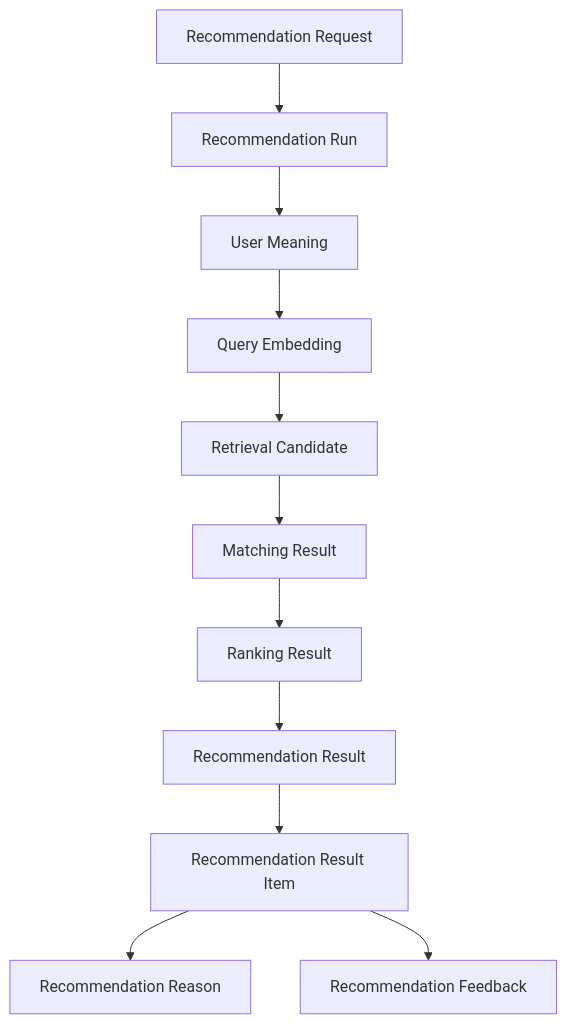
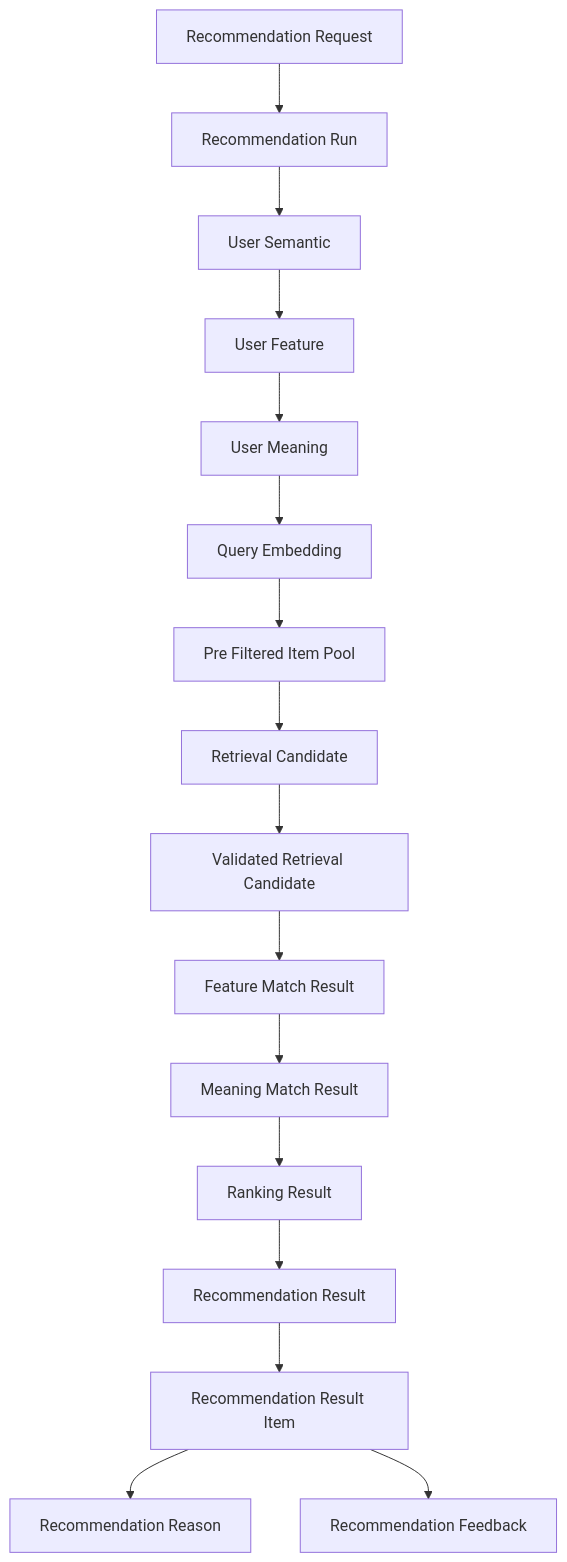
The first of 3 diagrams in docs/05_アプリケーション設計/アプリ/database/リソース一覧.md (ryo-chan-k6/GiftRecommendAPP_MVP_CYCLE_3), drawn with Mermaid before and after one commit. The commit also changed other lines of this file, not shown here.

Commit message:
ドキュメントを更新し、Gift Recommendation Service MVPにおけるリソースの定義と分類を明確化。各リソースの概要、管理主体、利用区分を整理し、今後の開発に向けた指針を提供。これにより、システム全体の設計基盤が強化された。

````diff
--- a/docs/05_アプリケーション設計/アプリ/database/リソース一覧.md
+++ b/docs/05_アプリケーション設計/アプリ/database/リソース一覧.md
@@ -410,13 +883,18 @@
 ```mermaid
 flowchart TD
     A[Recommendation Request] --> B[Recommendation Run]
-    B --> C[User Meaning]
-    C --> D[Query Embedding]
-    D --> E[Retrieval Candidate]
-    E --> F[Matching Result]
-    F --> G[Ranking Result]
-    G --> H[Recommendation Result]
-    H --> I[Recommendation Result Item]
-    I --> J[Recommendation Reason]
-    I --> K[Recommendation Feedback]
+    B --> C[User Semantic]
+    C --> D[User Feature]
+    D --> E[User Meaning]
+    E --> F[Query Embedding]
+    F --> G[Pre Filtered Item Pool]
+    G --> H[Retrieval Candidate]
+    H --> I[Validated Retrieval Candidate]
+    I --> J[Feature Match Result]
+    J --> K[Meaning Match Result]
+    K --> L[Ranking Result]
+    L --> M[Recommendation Result]
+    M --> N[Recommendation Result Item]
+    N --> O[Recommendation Reason]
+    N --> P[Recommendation Feedback]
 ```
````
